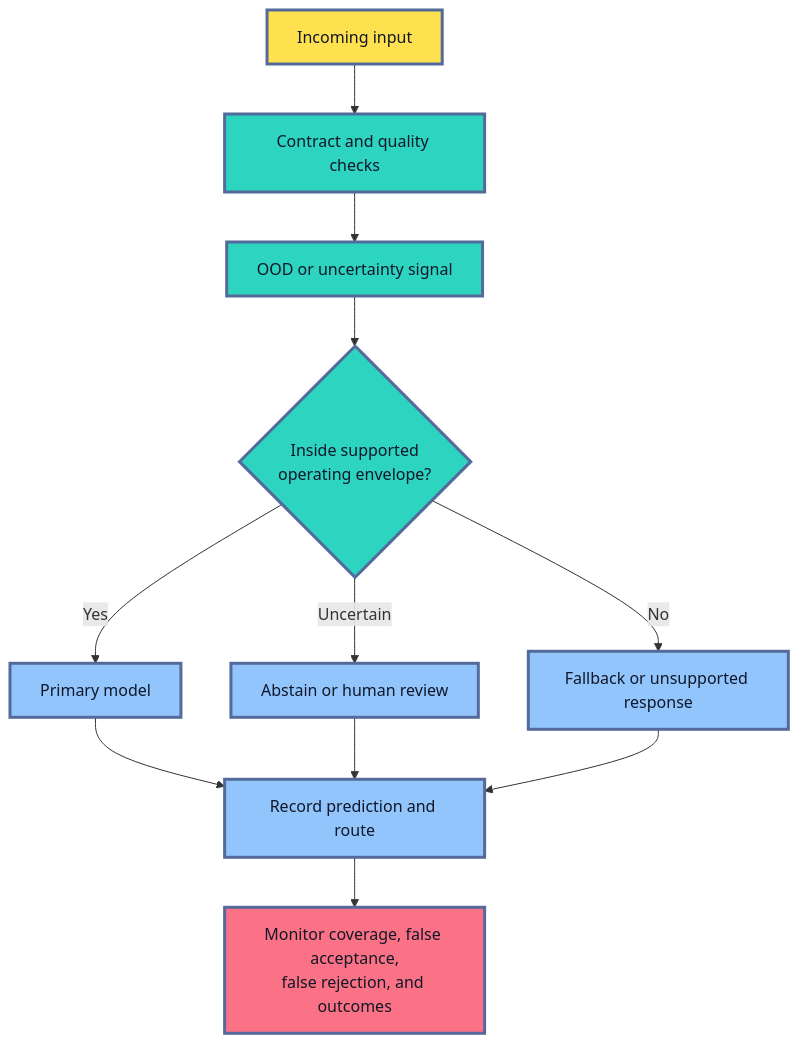
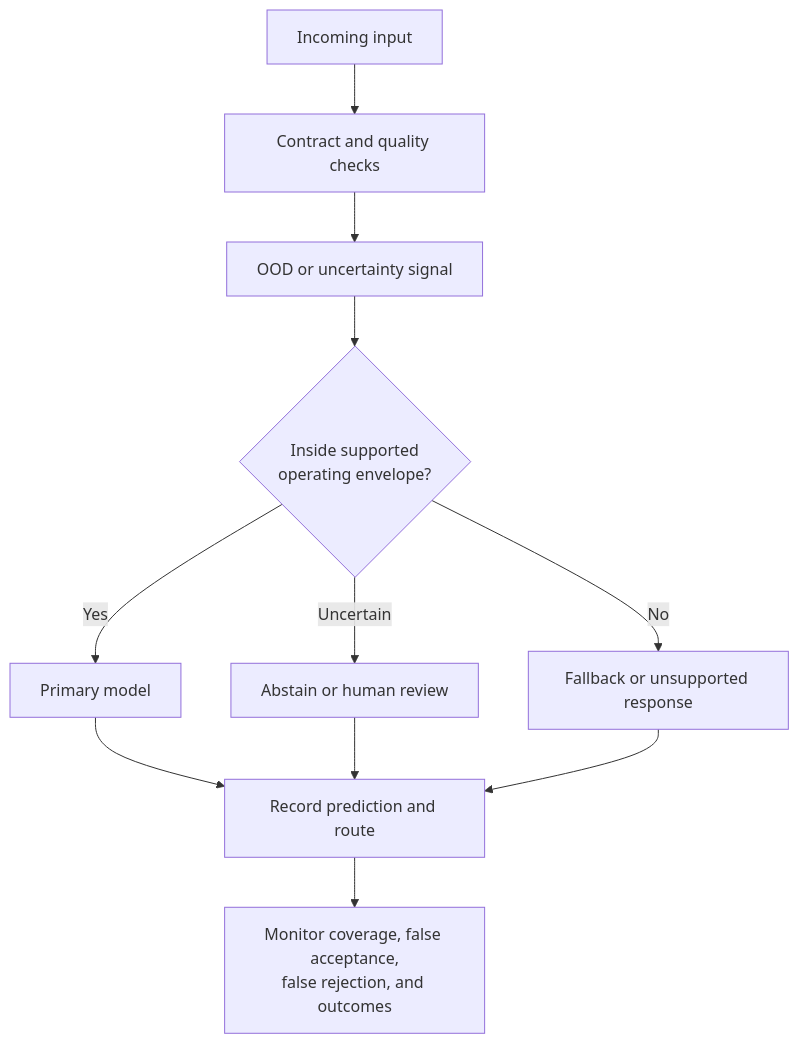
One commit to senlinyy/dev-roadmaps changed the ninth of 12 diagrams in roadmaps/mlops/modules/model-evaluation/production-readiness/03-robustness-testing-before-release.md. Above: the diagram before and after it, drawn with Mermaid. The commit also changed other lines of this file and 152 other files, not shown here.

Commit message:
feat: mlops and diagrams updated

````diff
--- a/roadmaps/mlops/modules/model-evaluation/production-readiness/03-robustness-testing-before-release.md
+++ b/roadmaps/mlops/modules/model-evaluation/production-readiness/03-robustness-testing-before-release.md
@@ -554,22 +523,18 @@
 ```mermaid
 flowchart TD
     A["Incoming input"] --> B["Contract and quality checks"]
     B --> C["OOD or uncertainty signal"]
     C --> D{"Inside supported<br/>operating envelope?"}
     D -->|"Yes"| E["Primary model"]
     D -->|"Uncertain"| F["Abstain or human review"]
     D -->|"No"| G["Fallback or unsupported response"]
     E --> H["Record prediction and route"]
     F --> H
     G --> H
     H --> I["Monitor coverage, false acceptance,<br/>false rejection, and outcomes"]
 
-    classDef input fill:#FFE04F,stroke:#536A9A,stroke-width:3px,color:#111827
-    classDef check fill:#2DD4BF,stroke:#536A9A,stroke-width:3px,color:#0F172A
-    classDef route fill:#93C5FD,stroke:#536A9A,stroke-width:3px,color:#0F172A
-    classDef monitor fill:#FB7185,stroke:#536A9A,stroke-width:3px,color:#111827
     class A input
     class B,C,D check
     class E,F,G,H route
     class I monitor
 ```
````
